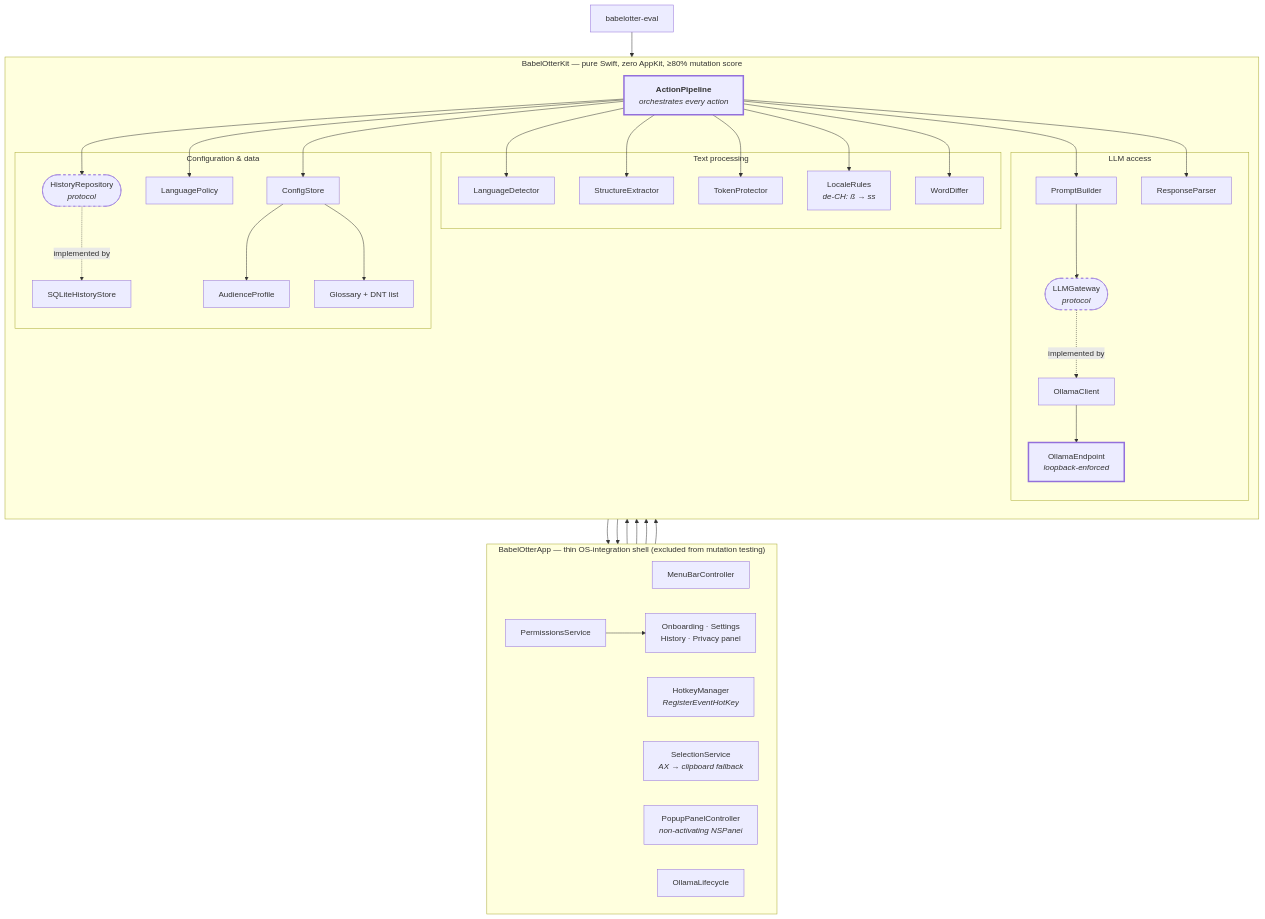
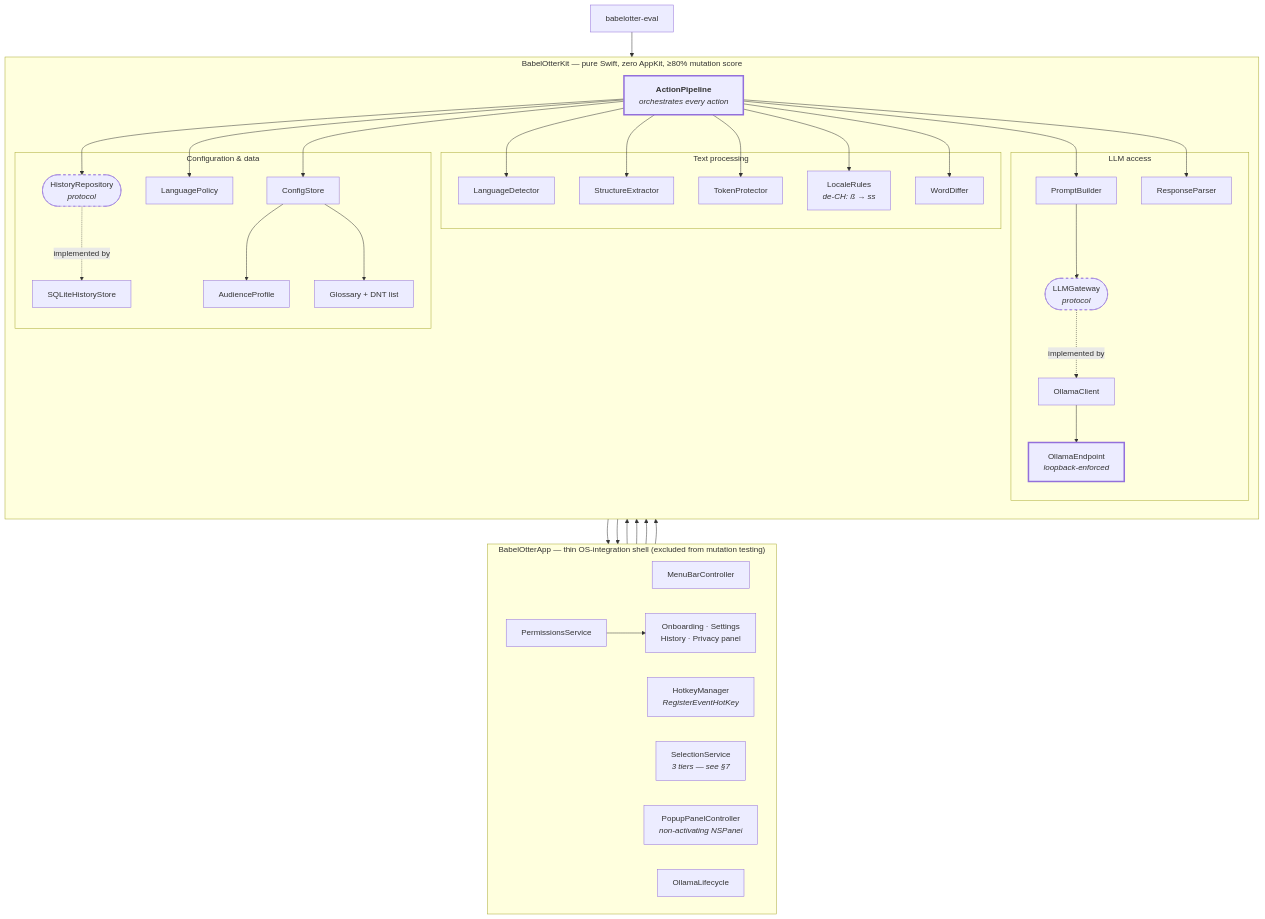
Before and after one commit to ettoreferranti/babelOtter: the second of 5 diagrams in docs/architecture.md, drawn with Mermaid. The commit also changed other lines of this file, not shown here.

````diff
--- a/docs/architecture.md
+++ b/docs/architecture.md
@@ -63,67 +63,67 @@
 ```mermaid
 flowchart TB
     subgraph SHELL["BabelOtterApp — thin OS-integration shell (excluded from mutation testing)"]
         direction LR
         MB["MenuBarController"]
         HK["HotkeyManager<br/><i>RegisterEventHotKey</i>"]
-        SEL["SelectionService<br/><i>AX → clipboard fallback</i>"]
+        SEL["SelectionService<br/><i>3 tiers — see §7</i>"]
         POP["PopupPanelController<br/><i>non-activating NSPanel</i>"]
         WIN["Onboarding · Settings<br/>History · Privacy panel"]
         PERM["PermissionsService"]
         LIFE["OllamaLifecycle"]
     end
 
     subgraph KIT["BabelOtterKit — pure Swift, zero AppKit, ≥80% mutation score"]
         direction TB
         PIPE["<b>ActionPipeline</b><br/><i>orchestrates every action</i>"]
 
         subgraph TEXT["Text processing"]
             DET["LanguageDetector"]
             STR["StructureExtractor"]
             TOK["TokenProtector"]
             LOC["LocaleRules<br/><i>de-CH: ß → ss</i>"]
             DIF["WordDiffer"]
         end
 
         subgraph LLM["LLM access"]
             PB["PromptBuilder"]
             GW(["LLMGateway<br/><i>protocol</i>"])
             OC["OllamaClient"]
             EP["OllamaEndpoint<br/><i>loopback-enforced</i>"]
             RP["ResponseParser"]
         end
 
         subgraph DATA["Configuration & data"]
             CS["ConfigStore"]
             AP["AudienceProfile"]
             GL["Glossary + DNT list"]
             LP["LanguagePolicy"]
             HR(["HistoryRepository<br/><i>protocol</i>"])
             SQ["SQLiteHistoryStore"]
         end
     end
 
     EVALCLI["babelotter-eval"]
 
     HK --> PIPE
     MB --> PIPE
     SEL --> PIPE
     PIPE --> POP
     PIPE --> SEL
     LIFE --> GW
     PERM --> WIN
 
     PIPE --> DET & STR & TOK & PB & RP & LOC & DIF
     PIPE --> LP & CS & HR
     PB --> GW
     GW -.implemented by.-> OC
     OC --> EP
     HR -.implemented by.-> SQ
     CS --> AP & GL
     EVALCLI --> PIPE
 
     style PIPE stroke-width:3px
     style GW stroke-dasharray: 5 5
     style HR stroke-dasharray: 5 5
     style EP stroke-width:3px
 ```
````
